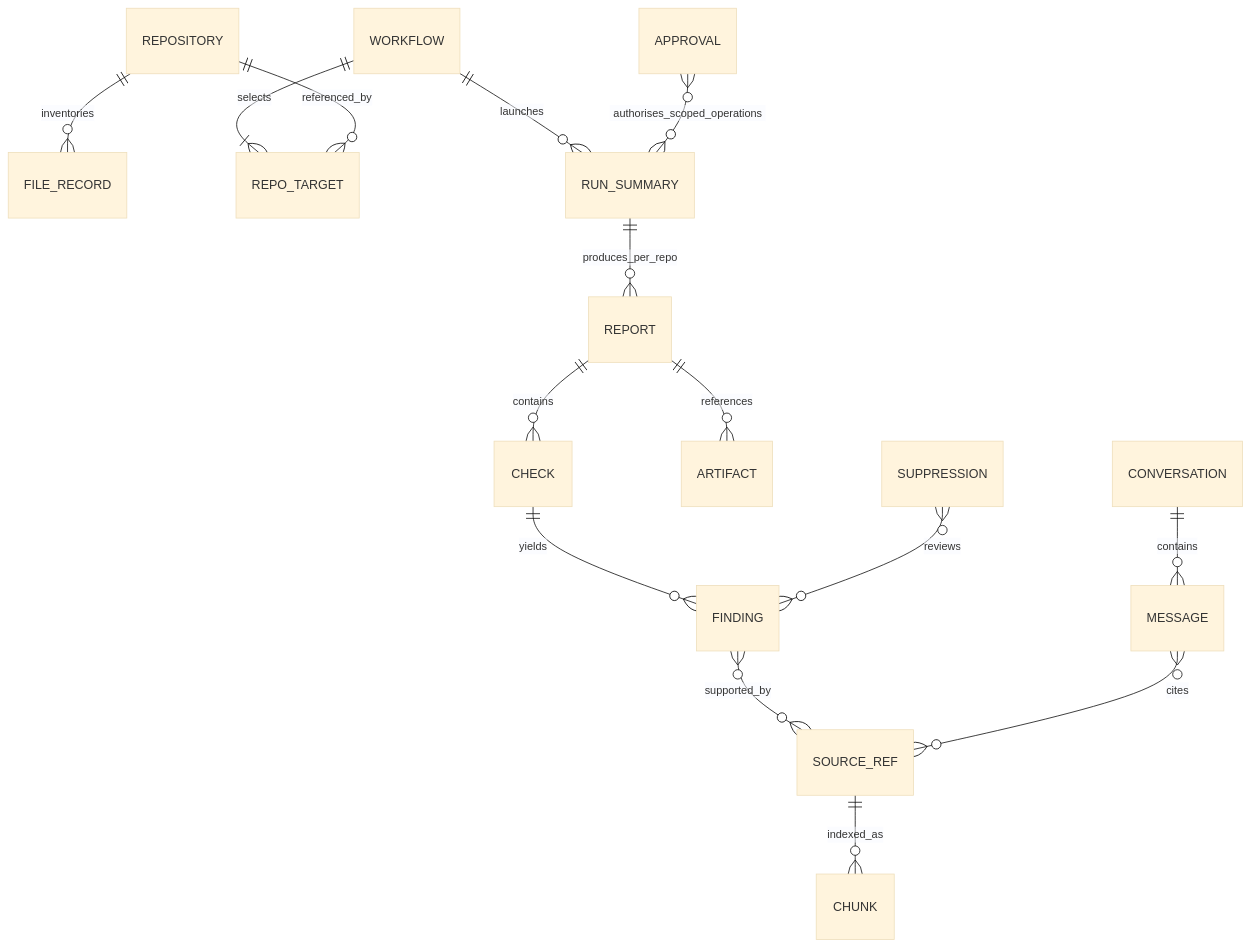
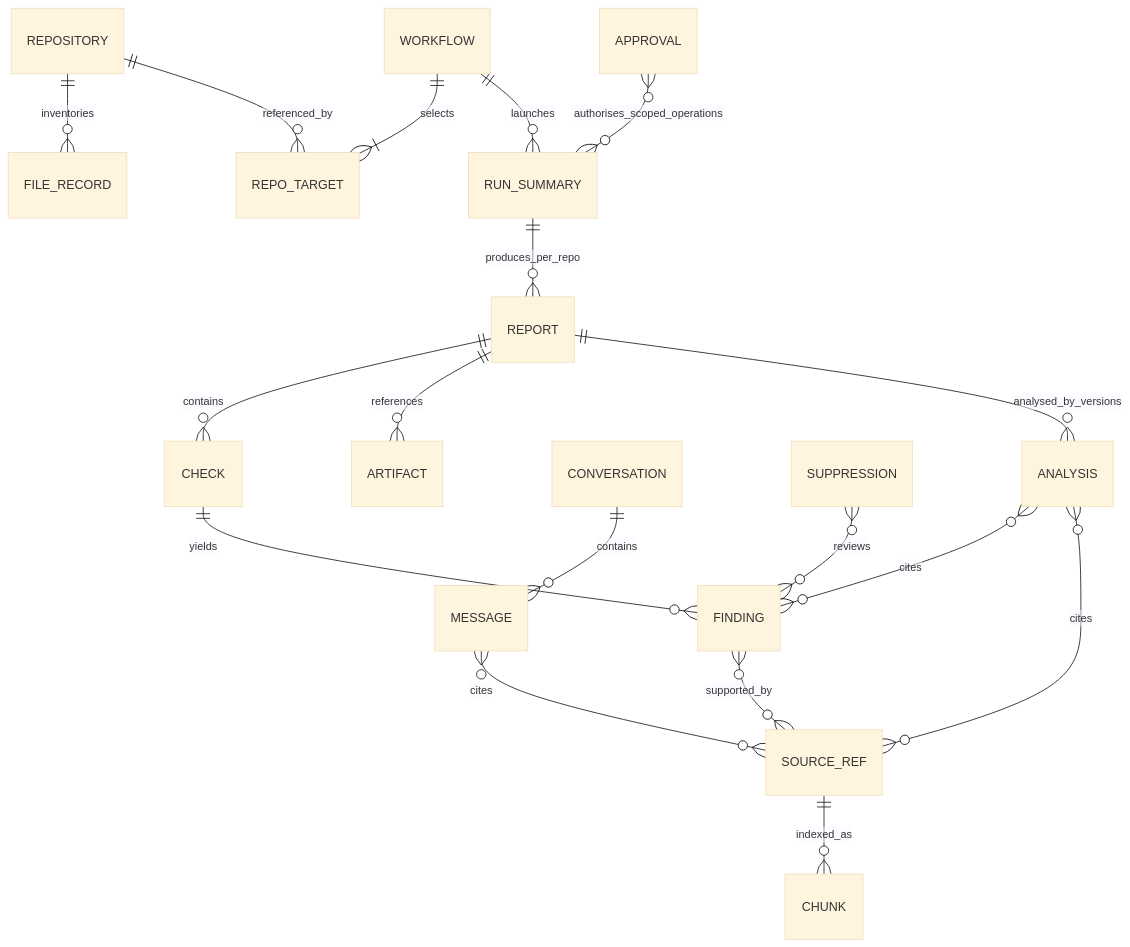
One commit to Nil2004n/CI_CD_prod changed the diagram in 05_Database_Data_Schema.md. Above: the diagram before and after it, drawn with Mermaid (base theme). The commit also changed other lines of this file and 19 other files, not shown here.

````diff
--- a/05_Database_Data_Schema.md
+++ b/05_Database_Data_Schema.md
@@ -38,17 +41,20 @@
 ```mermaid
 erDiagram
   REPOSITORY ||--o{ FILE_RECORD : inventories
   WORKFLOW ||--|{ REPO_TARGET : selects
   REPOSITORY ||--o{ REPO_TARGET : referenced_by
   WORKFLOW ||--o{ RUN_SUMMARY : launches
   RUN_SUMMARY ||--o{ REPORT : produces_per_repo
   REPORT ||--o{ CHECK : contains
   CHECK ||--o{ FINDING : yields
   REPORT ||--o{ ARTIFACT : references
   FINDING }o--o{ SOURCE_REF : supported_by
   APPROVAL }o--o{ RUN_SUMMARY : authorises_scoped_operations
   SOURCE_REF ||--o{ CHUNK : indexed_as
   CONVERSATION ||--o{ MESSAGE : contains
   MESSAGE }o--o{ SOURCE_REF : cites
   SUPPRESSION }o--o{ FINDING : reviews
+  REPORT ||--o{ ANALYSIS : analysed_by_versions
+  ANALYSIS }o--o{ FINDING : cites
+  ANALYSIS }o--o{ SOURCE_REF : cites
 ```
````
